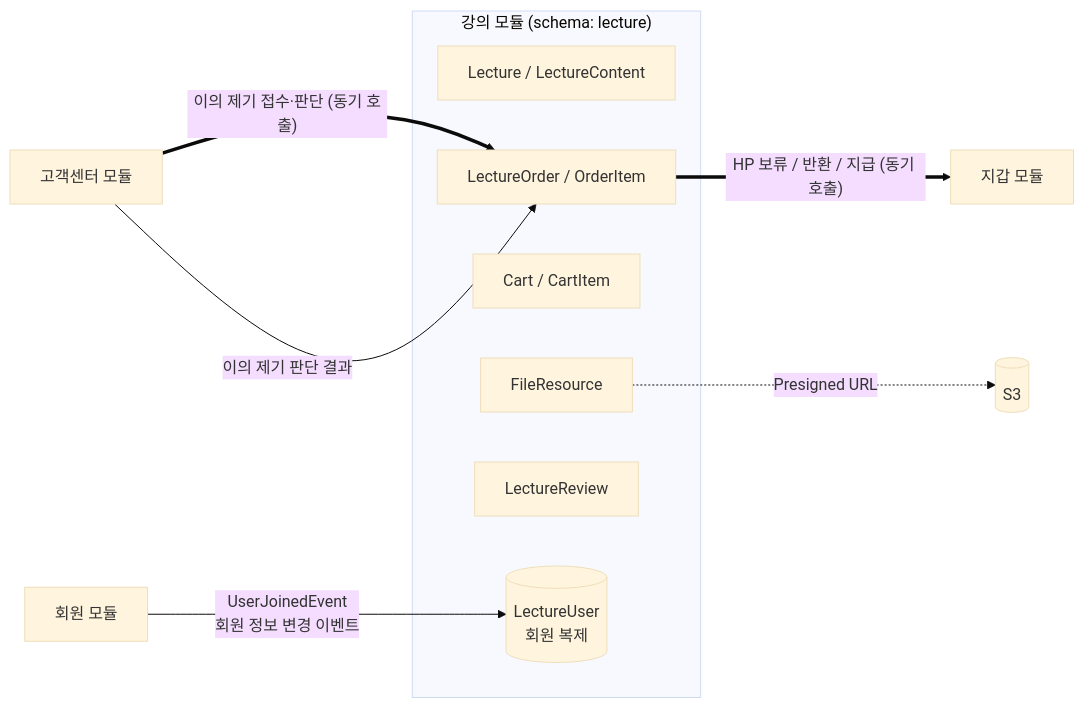
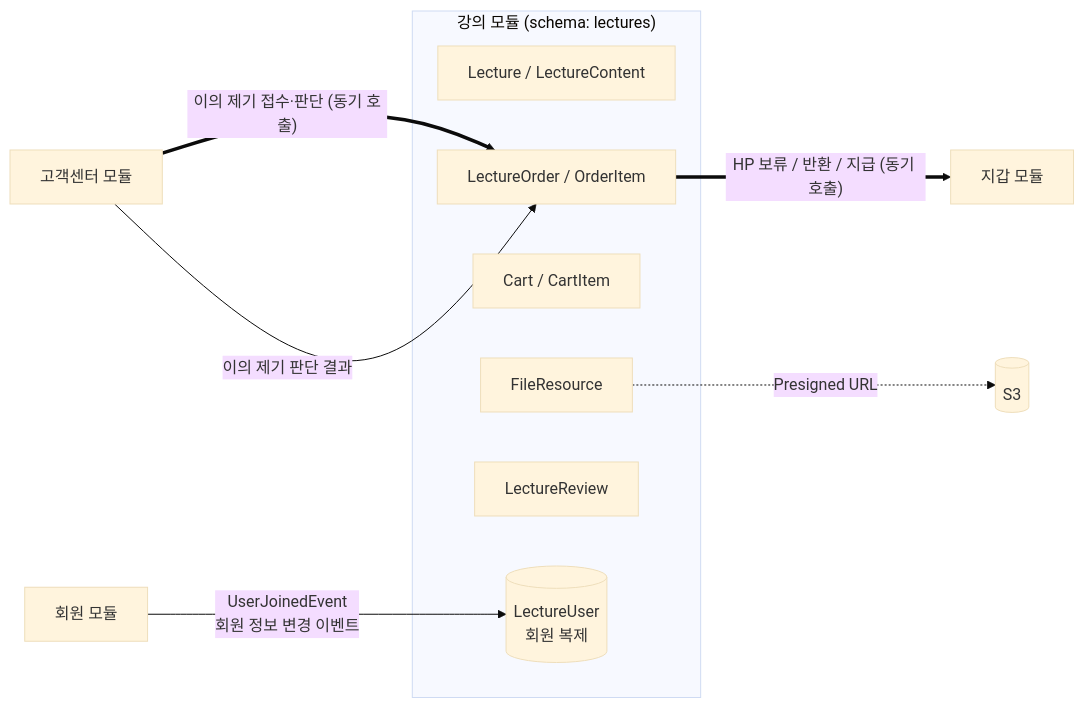
One commit to prgrms-be-adv-devcourse/beadv8_8_LMS_BE changed the first of 9 diagrams in docs/design/lecture-module.md. Above: the diagram before and after it, drawn with Mermaid (base theme). The commit also changed other lines of this file and 6 other files, not shown here.

````diff
--- a/docs/design/lecture-module.md
+++ b/docs/design/lecture-module.md
@@ -65,17 +65,17 @@
 ```mermaid
 flowchart LR
-    subgraph lecture["강의 모듈 (schema: lecture)"]
+    subgraph lecture["강의 모듈 (schema: lectures)"]
         L[Lecture / LectureContent]
         F[FileResource]
         C[Cart / CartItem]
         O[LectureOrder / OrderItem]
         R[LectureReview]
         U[(LectureUser<br/>회원 복제)]
     end
 
     member["회원 모듈"] -- "UserJoinedEvent<br/>회원 정보 변경 이벤트" --> U
     O == "HP 보류 / 반환 / 지급 (동기 호출)" ==> billing["지갑 모듈"]
     cs["고객센터 모듈"] == "이의 제기 접수·판단 (동기 호출)" ==> O
     cs -- "이의 제기 판단 결과" --> O
     F -. "Presigned URL" .-> S3[(S3)]
 ```
````
